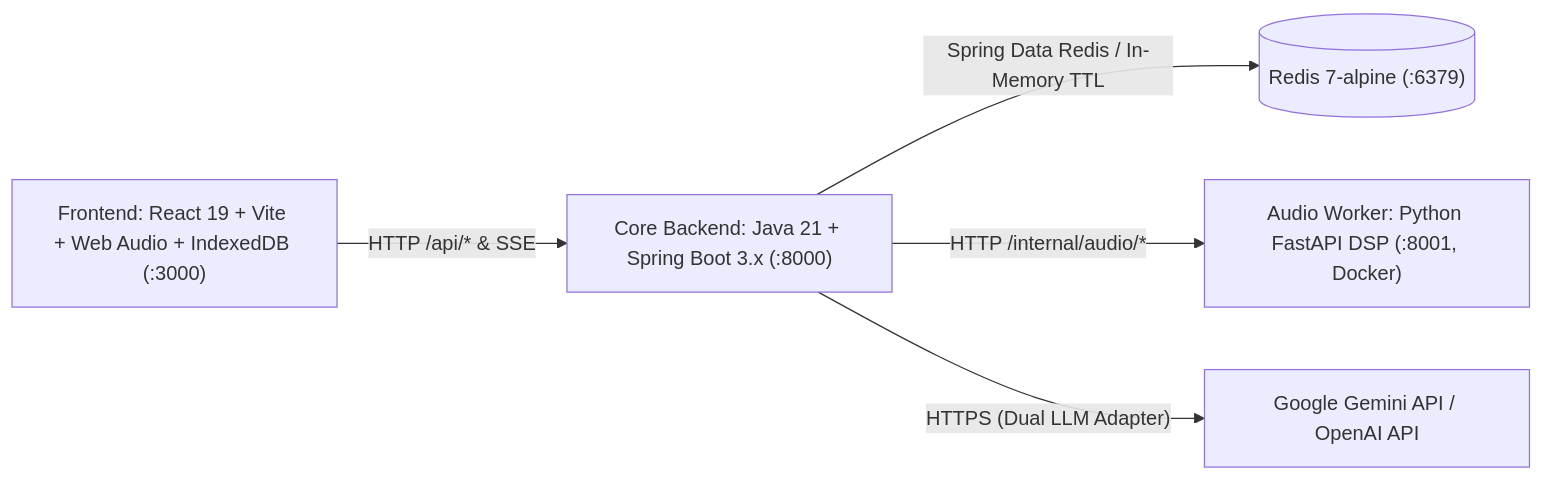
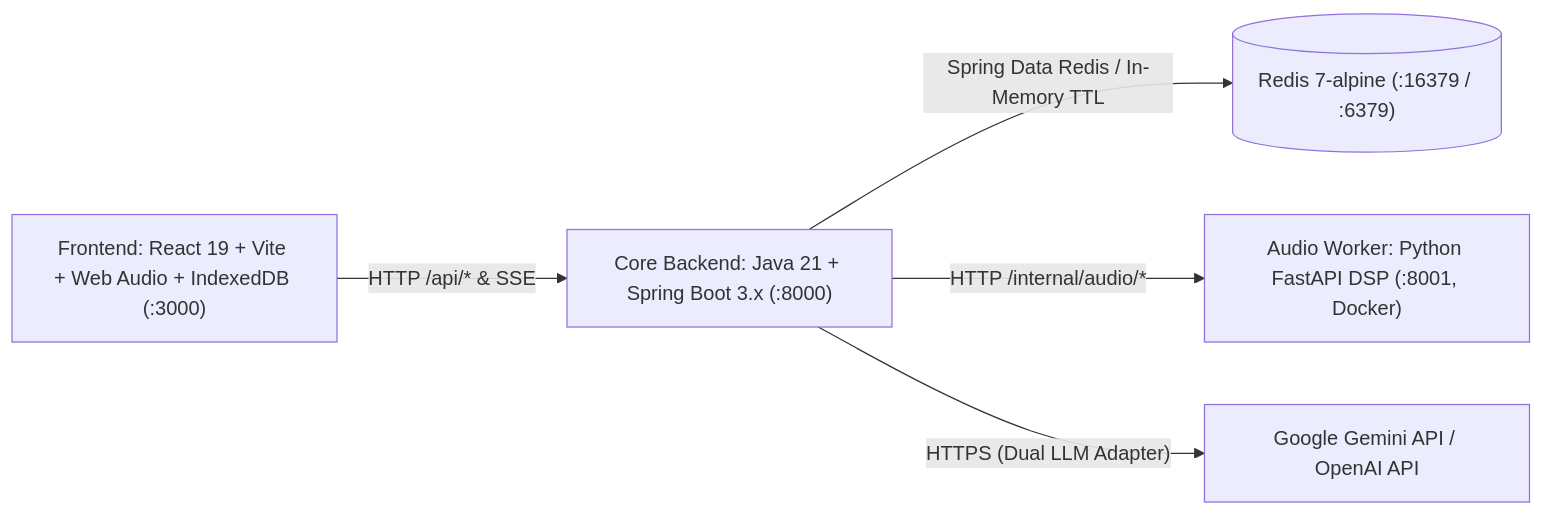
The first of 2 diagrams in docs/MULTI_AGENT_ARCHITECTURE.md (HuynhNgocQuang-hub/ai-music-studio), drawn with Mermaid before and after one commit. The commit also changed other lines of this file and 8 other files, not shown here.

````diff
--- a/docs/MULTI_AGENT_ARCHITECTURE.md
+++ b/docs/MULTI_AGENT_ARCHITECTURE.md
@@ -17,7 +17,7 @@
 ```mermaid
 flowchart LR
     FE["Frontend: React 19 + Vite + Web Audio + IndexedDB (:3000)"] -->|"HTTP /api/* & SSE"| BE["Core Backend: Java 21 + Spring Boot 3.x (:8000)"]
-    BE -->|"Spring Data Redis / In-Memory TTL"| Redis[("Redis 7-alpine (:6379)")]
+    BE -->|"Spring Data Redis / In-Memory TTL"| Redis[("Redis 7-alpine (:16379 / :6379)")]
     BE -->|"HTTP /internal/audio/*"| Worker["Audio Worker: Python FastAPI DSP (:8001, Docker)"]
     BE -->|"HTTPS (Dual LLM Adapter)"| LLM["Google Gemini API / OpenAI API"]
 ```
````
